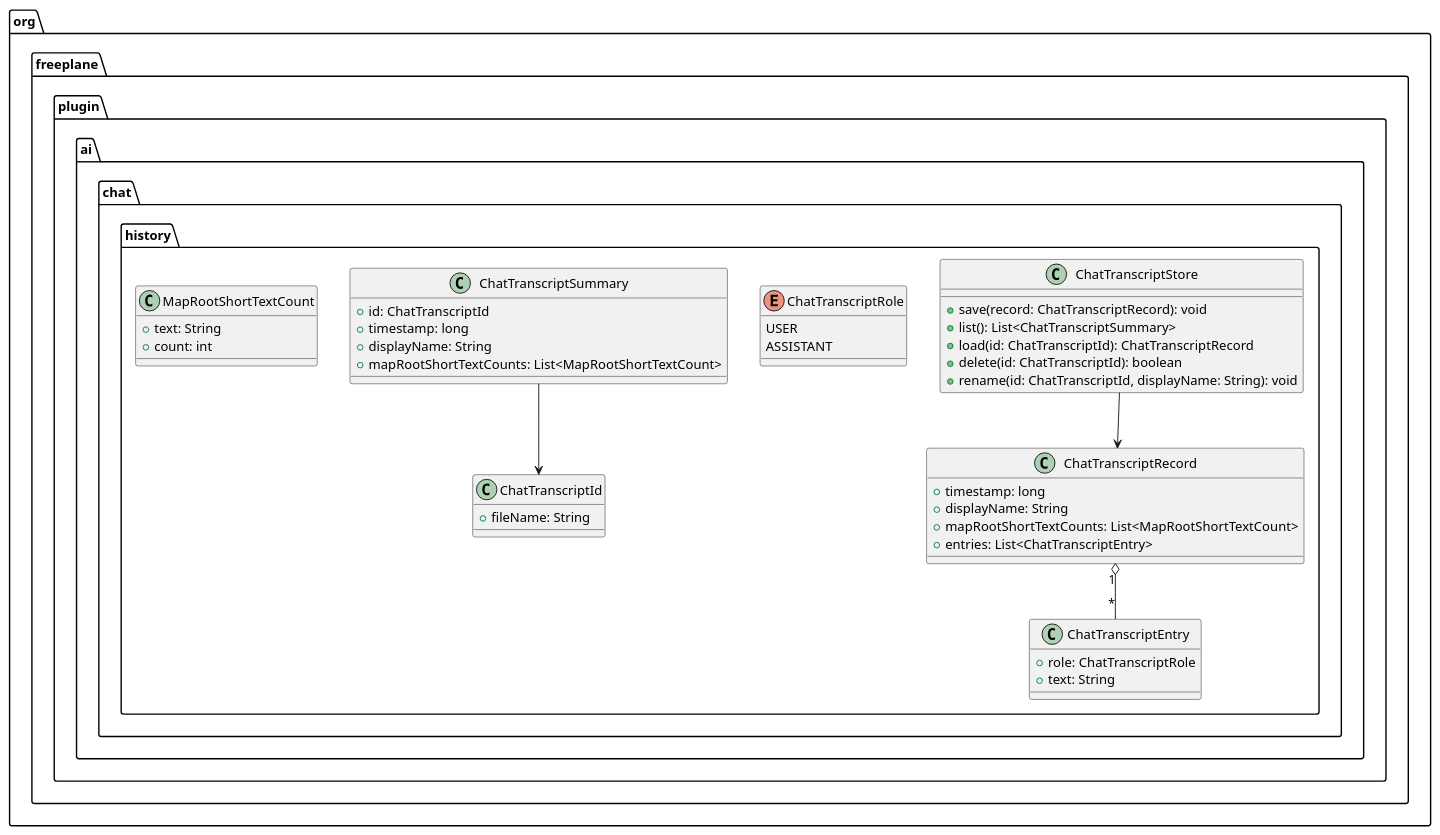
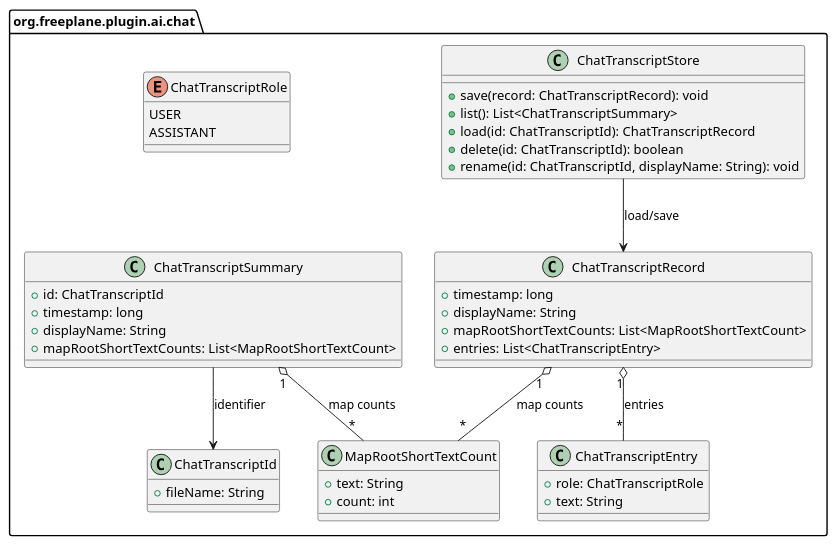
One commit to guoranjun2/nexordia changed the third of 5 diagrams in freeplane_plugin_ai/specs/tasks/in-progress/tool-capable-chat-history-transcripts.md. Above: the diagram before and after it, drawn with PlantUML. The commit also changed other lines of this file and 1 other file, not shown here.

Commit message:
2026-01-24-chat-history-transcripts: split transcript task and refine designs

````diff
--- a/freeplane_plugin_ai/specs/tasks/in-progress/tool-capable-chat-history-transcripts.md
+++ b/freeplane_plugin_ai/specs/tasks/in-progress/tool-capable-chat-history-transcripts.md
@@ -257,43 +157,46 @@
   ```plantuml
   @startuml
-  package "org.freeplane.plugin.ai.chat.history" {
+  set separator none
+  package "org.freeplane.plugin.ai.chat" {
     class ChatTranscriptStore {
       +save(record: ChatTranscriptRecord): void
       +list(): List<ChatTranscriptSummary>
       +load(id: ChatTranscriptId): ChatTranscriptRecord
       +delete(id: ChatTranscriptId): boolean
       +rename(id: ChatTranscriptId, displayName: String): void
     }
     class ChatTranscriptRecord {
       +timestamp: long
       +displayName: String
       +mapRootShortTextCounts: List<MapRootShortTextCount>
       +entries: List<ChatTranscriptEntry>
     }
     class ChatTranscriptEntry {
       +role: ChatTranscriptRole
       +text: String
     }
     enum ChatTranscriptRole {
       USER
       ASSISTANT
     }
     class ChatTranscriptSummary {
       +id: ChatTranscriptId
       +timestamp: long
       +displayName: String
       +mapRootShortTextCounts: List<MapRootShortTextCount>
     }
-    class ChatTranscriptId { 
+    class ChatTranscriptId {
       +fileName: String
     }
     class MapRootShortTextCount {
       +text: String
       +count: int
     }
   }
-  ChatTranscriptStore --> ChatTranscriptRecord
-  ChatTranscriptRecord "1" o-- "*" ChatTranscriptEntry
-  ChatTranscriptSummary --> ChatTranscriptId
+  ChatTranscriptStore --> ChatTranscriptRecord : load/save
+  ChatTranscriptRecord "1" o-- "*" ChatTranscriptEntry : entries
+  ChatTranscriptRecord "1" o-- "*" MapRootShortTextCount : map counts
+  ChatTranscriptSummary --> ChatTranscriptId : identifier
+  ChatTranscriptSummary "1" o-- "*" MapRootShortTextCount : map counts
   @enduml
   ```
````
